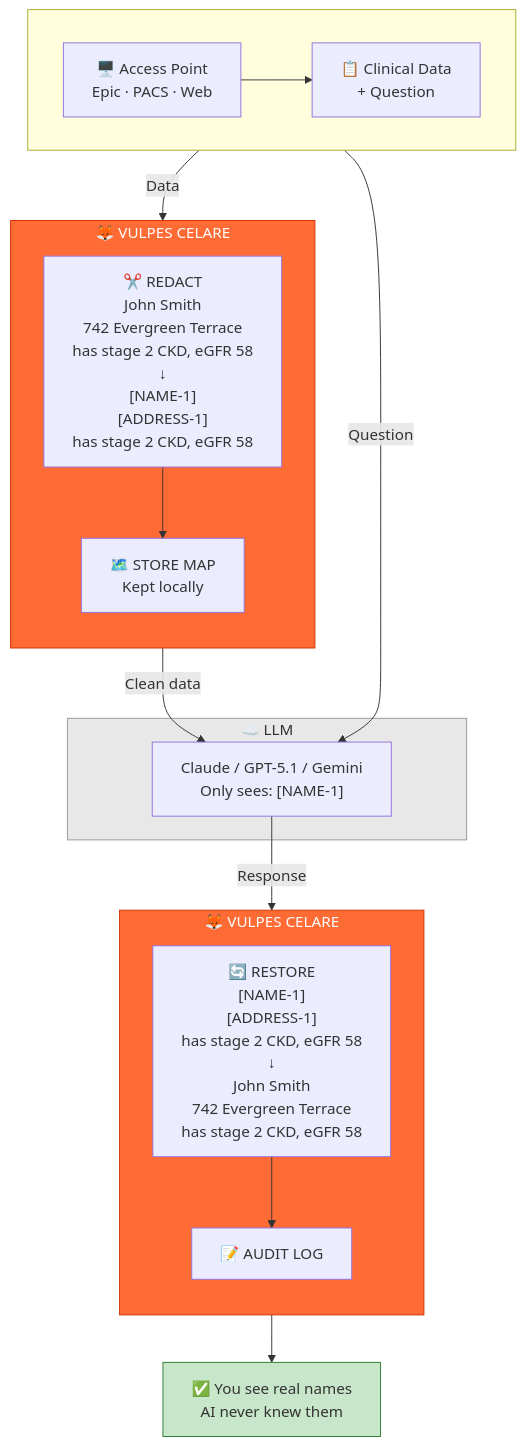
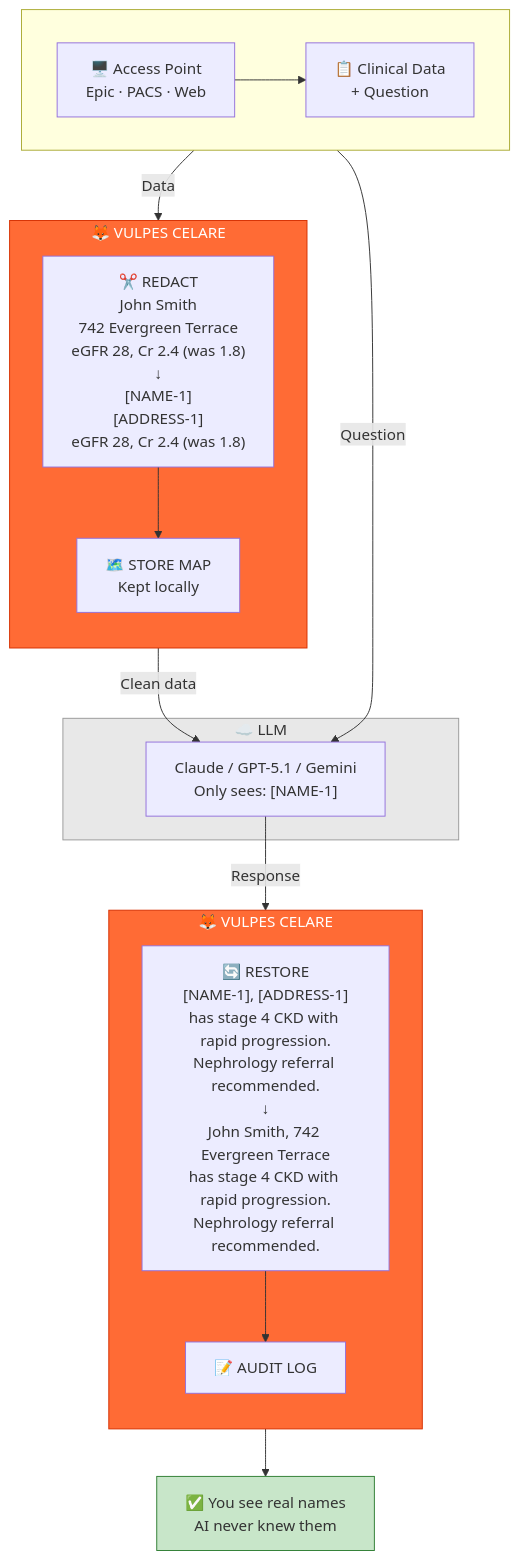
One commit to DocHatty/Vulpes-Celare changed the diagram in README.md. Above: the diagram before and after it, drawn with Mermaid.

````diff
--- a/README.md
+++ b/README.md
@@ -36,43 +36,43 @@
 ```mermaid
 flowchart TB
     subgraph INPUT [" "]
         direction LR
         Access["🖥️ Access Point<br/>Epic · PACS · Web"]
         Data["📋 Clinical Data<br/>+ Question"]
     end
 
     Access --> Data
 
     subgraph CORE ["🦊 VULPES CELARE"]
         direction TB
-        Redact["✂️ REDACT<br/>John Smith<br/>742 Evergreen Terrace<br/>has stage 2 CKD, eGFR 58<br/>↓<br/>[NAME-1]<br/>[ADDRESS-1]<br/>has stage 2 CKD, eGFR 58"]
+        Redact["✂️ REDACT<br/>John Smith<br/>742 Evergreen Terrace<br/>eGFR 28, Cr 2.4 (was 1.8)<br/>↓<br/>[NAME-1]<br/>[ADDRESS-1]<br/>eGFR 28, Cr 2.4 (was 1.8)"]
         Map["🗺️ STORE MAP<br/>Kept locally"]
         Redact --> Map
     end
 
     Data -->|"Data"| Redact
     Data -->|"Question"| LLM
 
     subgraph EXT ["☁️ LLM"]
         LLM["Claude / GPT-5.1 / Gemini<br/>Only sees: [NAME-1]"]
     end
 
     Map -->|"Clean data"| LLM
 
     subgraph CORE2 ["🦊 VULPES CELARE"]
         direction TB
-        Restore["🔄 RESTORE<br/>[NAME-1]<br/>[ADDRESS-1]<br/>has stage 2 CKD, eGFR 58<br/>↓<br/>John Smith<br/>742 Evergreen Terrace<br/>has stage 2 CKD, eGFR 58"]
+        Restore["🔄 RESTORE<br/>[NAME-1], [ADDRESS-1]<br/>has stage 4 CKD with rapid progression.<br/>Nephrology referral recommended.<br/>↓<br/>John Smith, 742 Evergreen Terrace<br/>has stage 4 CKD with rapid progression.<br/>Nephrology referral recommended."]
         Audit["📝 AUDIT LOG"]
         Restore --> Audit
     end
 
     LLM -->|"Response"| Restore
 
     Result["✅ You see real names<br/>AI never knew them"]
     Audit --> Result
 
     style CORE fill:#ff6b35,stroke:#d63000,color:#fff
     style CORE2 fill:#ff6b35,stroke:#d63000,color:#fff
     style EXT fill:#e8e8e8,stroke:#999
     style Result fill:#c8e6c9,stroke:#2e7d32
 ```
````
